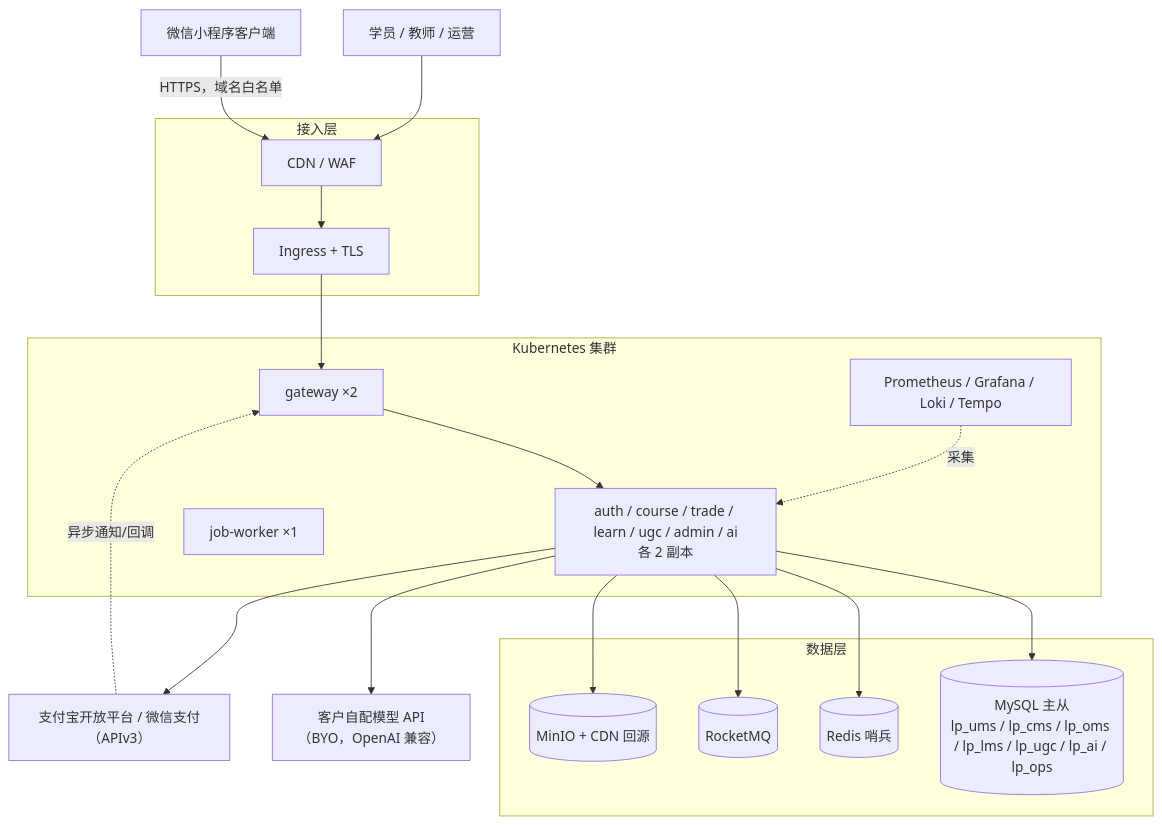
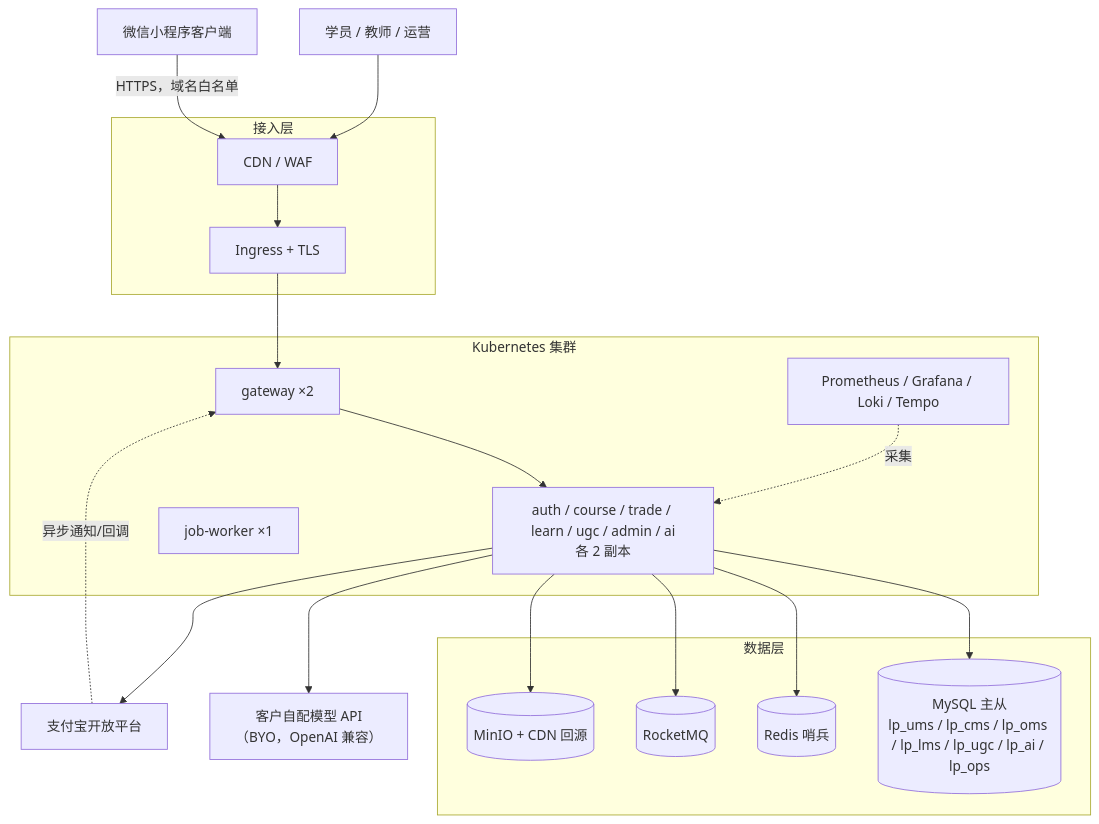
Before and after one commit to HH112-ux/lesson-platform: the fourth of 8 diagrams in docs/engineering-plan.md, drawn with Mermaid. The commit also changed other lines of this file and 1 other file, not shown here.

First line of the commit message:
docs: mark wechat pay as removed

````diff
--- a/docs/engineering-plan.md
+++ b/docs/engineering-plan.md
@@ -273,36 +271,36 @@
 ```mermaid
 flowchart TB
     subgraph EDGE["接入层"]
         CDN["CDN / WAF"]
         ING["Ingress + TLS"]
     end
 
     subgraph K8S["Kubernetes 集群"]
         GW["gateway ×2"]
         SVC["auth / course / trade / learn / ugc / admin / ai<br/>各 2 副本"]
         JOB["job-worker ×1"]
         OBS["Prometheus / Grafana / Loki / Tempo"]
     end
 
     subgraph DATA["数据层"]
         MYSQL[("MySQL 主从<br/>lp_ums / lp_cms / lp_oms / lp_lms / lp_ugc / lp_ai / lp_ops")]
         REDIS[("Redis 哨兵")]
         MQ[("RocketMQ")]
         MINIO[("MinIO + CDN 回源")]
     end
 
     EXT["客户自配模型 API<br/>（BYO，OpenAI 兼容）"]
-    PAY["支付宝开放平台 / 微信支付（APIv3）"]
+    PAY["支付宝开放平台"]
 
     Mini["微信小程序客户端"]
     User["学员 / 教师 / 运营"] --> CDN --> ING --> GW --> SVC
     Mini -->|HTTPS，域名白名单| CDN
     SVC --> MYSQL
     SVC --> REDIS
     SVC --> MQ
     SVC --> MINIO
     SVC --> EXT
     SVC --> PAY
     PAY -.异步通知/回调.-> GW
     OBS -.采集.-> SVC
 ```
````
